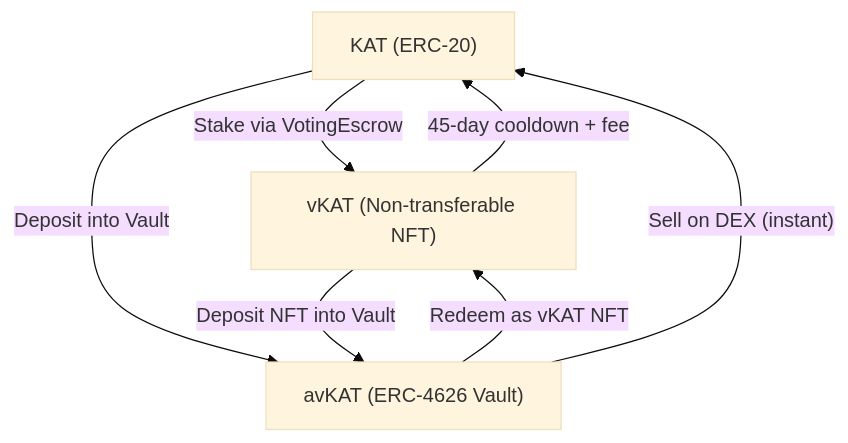
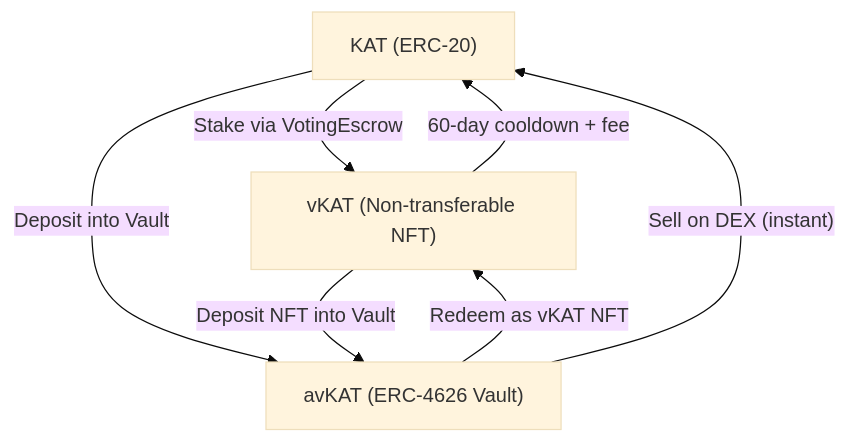
One commit to katana-network/katana-docs changed the diagram in docs/katana/how-to/kat-token-overview.md. Above: the diagram before and after it, drawn with Mermaid (base theme). The commit also changed other lines of this file and 8 other files, not shown here.

````diff
--- a/docs/katana/how-to/kat-token-overview.md
+++ b/docs/katana/how-to/kat-token-overview.md
@@ -145,13 +103,15 @@
 ```mermaid
 graph TD
     KAT["KAT (ERC-20)"]
     vKAT["vKAT (Non-transferable NFT)"]
     avKAT["avKAT (ERC-4626 Vault)"]
 
     KAT -->|"Stake via VotingEscrow"| vKAT
     KAT -->|"Deposit into Vault"| avKAT
     vKAT -->|"Deposit NFT into Vault"| avKAT
-    vKAT -->|"45-day cooldown + fee"| KAT
+    vKAT -->|"60-day cooldown + fee"| KAT
+    %% TODO: switch back when cooldown becomes 45 days:
+    %% vKAT -->|"45-day cooldown + fee"| KAT
     avKAT -->|"Redeem as vKAT NFT"| vKAT
     avKAT -->|"Sell on DEX (instant)"| KAT
 ```
````
